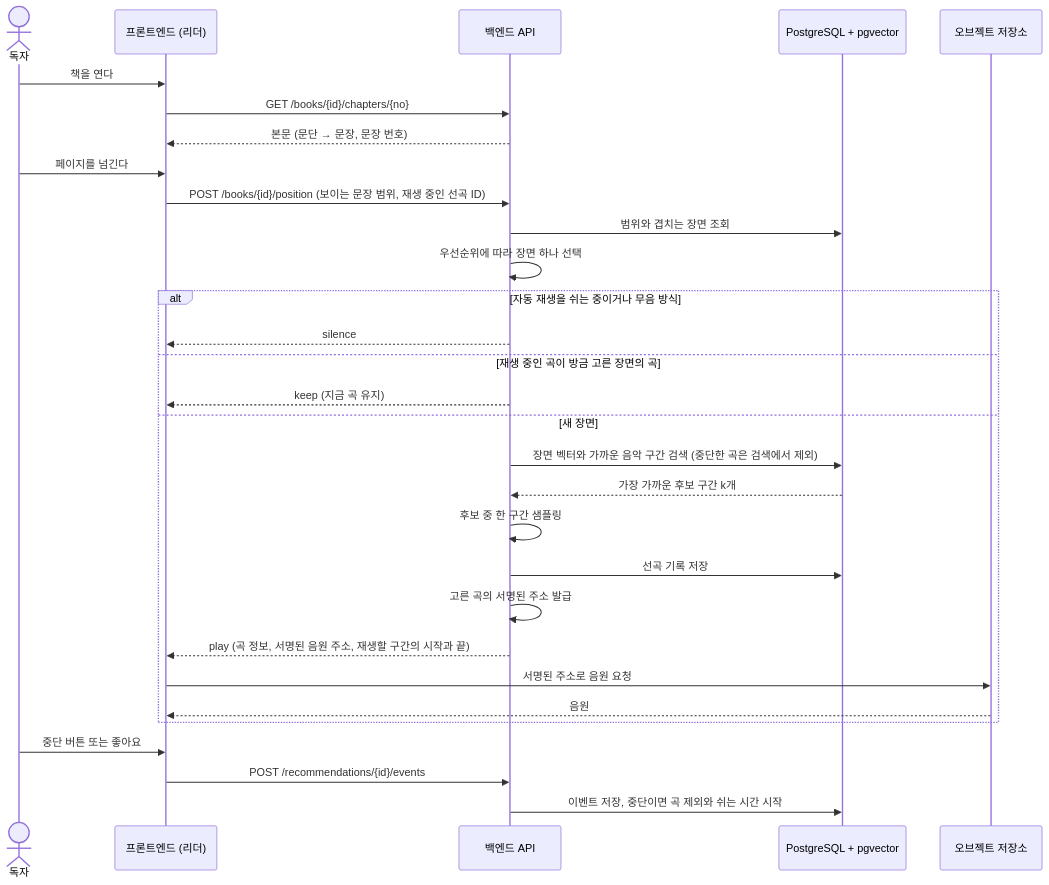
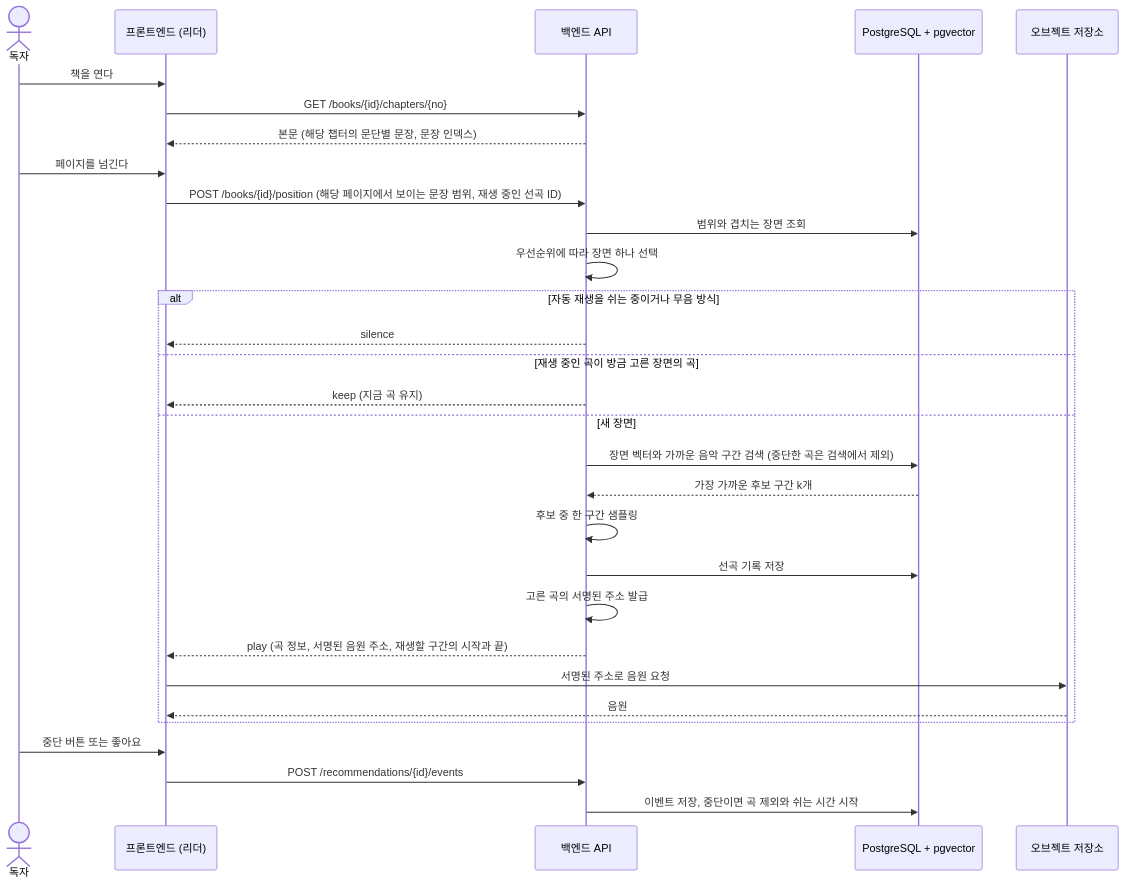
One commit to diegesis-labs/BE changed the second of 6 diagrams in docs/ARCHITECTURE.md. Above: the diagram before and after it, drawn with Mermaid. The commit also changed other lines of this file and 11 other files, not shown here.

````diff
--- a/docs/ARCHITECTURE.md
+++ b/docs/ARCHITECTURE.md
@@ -67,33 +67,33 @@
 ```mermaid
 sequenceDiagram
   actor U as 독자
   participant FE as 프론트엔드 (리더)
   participant BE as 백엔드 API
   participant DB as PostgreSQL + pgvector
   participant OS as 오브젝트 저장소
 
   U->>FE: 책을 연다
   FE->>BE: GET /books/{id}/chapters/{no}
-  BE-->>FE: 본문 (문단 → 문장, 문장 번호)
+  BE-->>FE: 본문 (해당 챕터의 문단별 문장, 문장 인덱스)
   U->>FE: 페이지를 넘긴다
-  FE->>BE: POST /books/{id}/position (보이는 문장 범위, 재생 중인 선곡 ID)
+  FE->>BE: POST /books/{id}/position (해당 페이지에서 보이는 문장 범위, 재생 중인 선곡 ID)
   BE->>DB: 범위와 겹치는 장면 조회
   BE->>BE: 우선순위에 따라 장면 하나 선택
   alt 자동 재생을 쉬는 중이거나 무음 방식
     BE-->>FE: silence
   else 재생 중인 곡이 방금 고른 장면의 곡
     BE-->>FE: keep (지금 곡 유지)
   else 새 장면
     BE->>DB: 장면 벡터와 가까운 음악 구간 검색 (중단한 곡은 검색에서 제외)
     DB-->>BE: 가장 가까운 후보 구간 k개
     BE->>BE: 후보 중 한 구간 샘플링
     BE->>DB: 선곡 기록 저장
     BE->>BE: 고른 곡의 서명된 주소 발급
     BE-->>FE: play (곡 정보, 서명된 음원 주소, 재생할 구간의 시작과 끝)
     FE->>OS: 서명된 주소로 음원 요청
     OS-->>FE: 음원
   end
   U->>FE: 중단 버튼 또는 좋아요
   FE->>BE: POST /recommendations/{id}/events
   BE->>DB: 이벤트 저장, 중단이면 곡 제외와 쉬는 시간 시작
 ```
````
